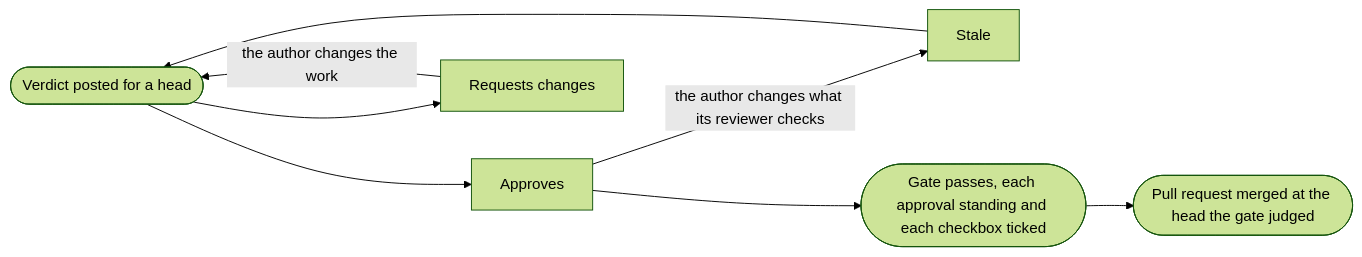
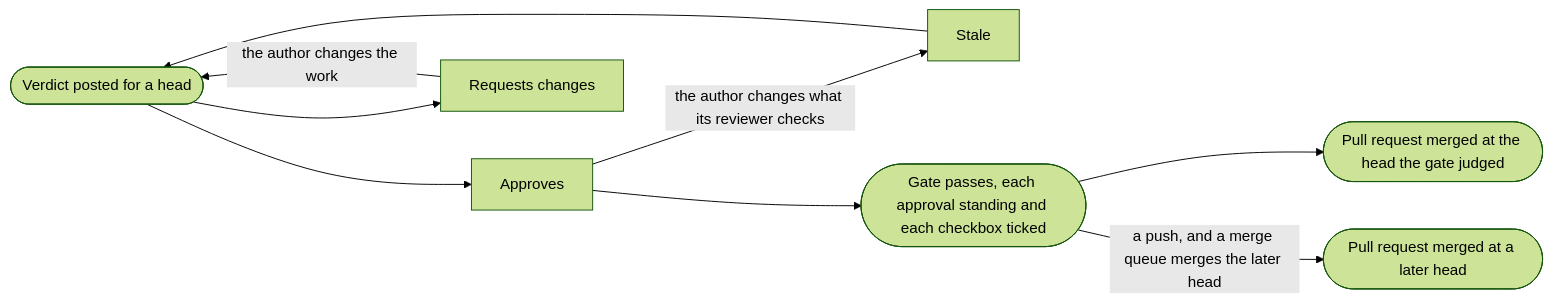
The second of 2 diagrams in tech-docs/analysis/project-management/domain-model/040-reviews-and-the-merge.md (aleskalfas/project-kit), drawn with Mermaid (forest theme) before and after one commit. The commit also changed other lines of this file and 11 other files, not shown here.

````diff
--- a/tech-docs/analysis/project-management/domain-model/040-reviews-and-the-merge.md
+++ b/tech-docs/analysis/project-management/domain-model/040-reviews-and-the-merge.md
@@ -69,12 +69,13 @@
 ```mermaid
 flowchart LR
   accTitle: How verdicts and the merge gate move together
-  accDescr: A verdict approves or requests changes for the head it reviewed. An approval stands until the author changes what its reviewer checks, and then goes stale. Once each required reviewer's latest verdict is a standing approval and the checkboxes are ticked, the gate passes and the pull request merges at the head it judged.
+  accDescr: A verdict approves or requests changes for the head it reviewed. An approval stands until the author changes what its reviewer checks, and then goes stale. Once each required reviewer's latest verdict is a standing approval and the checkboxes are ticked, the gate passes and the pull request merges at the head it judged. A merge queue may instead merge a later head, pushed after the gate passed.
   posted([Verdict posted for a head]) --> approves[Approves]
   posted --> requests[Requests changes]
   requests -->|the author changes the work| posted
   approves -->|the author changes what its reviewer checks| stale[Stale]
   stale --> posted
   approves --> passes([Gate passes, each approval standing and each checkbox ticked])
   passes --> merged([Pull request merged at the head the gate judged])
+  passes -->|a push, and a merge queue merges the later head| later([Pull request merged at a later head])
 ```
````
